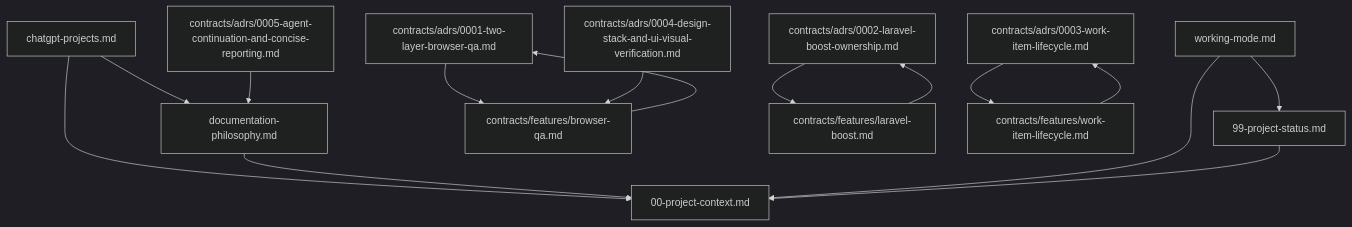
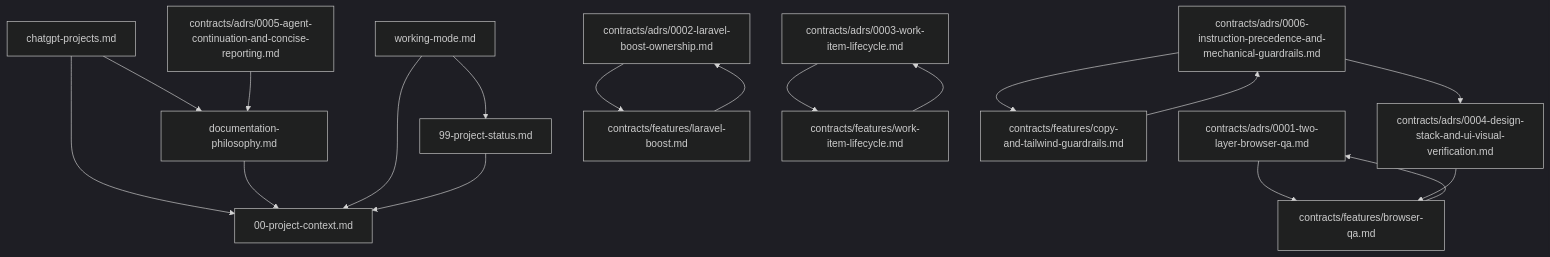
Before and after one commit to ConlinJoe/ai-platform: the diagram in docs/README.md, drawn with Mermaid (dark theme). The commit also changed other lines of this file and 22 other files, not shown here.

Commit message:
Add mechanical copy and Tailwind guardrails so generated em dashes and arbitrary utilities cannot pass as a green completion.

````diff
--- a/docs/README.md
+++ b/docs/README.md
@@ -32,31 +34,36 @@
 ```mermaid
 flowchart TD
   context[00-project-context.md]
   workingMode[working-mode.md]
   status[99-project-status.md]
   philosophy[documentation-philosophy.md]
   chatgpt[chatgpt-projects.md]
   browserAdr[contracts/adrs/0001-two-layer-browser-qa.md]
   boostAdr[contracts/adrs/0002-laravel-boost-ownership.md]
   workAdr[contracts/adrs/0003-work-item-lifecycle.md]
   designAdr[contracts/adrs/0004-design-stack-and-ui-visual-verification.md]
   continuationAdr[contracts/adrs/0005-agent-continuation-and-concise-reporting.md]
+  guardrailAdr[contracts/adrs/0006-instruction-precedence-and-mechanical-guardrails.md]
   browserQa[contracts/features/browser-qa.md]
   boost[contracts/features/laravel-boost.md]
   workItems[contracts/features/work-item-lifecycle.md]
+  guardrails[contracts/features/copy-and-tailwind-guardrails.md]
 
   chatgpt --> philosophy
   chatgpt --> context
   philosophy --> context
   workingMode --> context
   workingMode --> status
   status --> context
   continuationAdr --> philosophy
   browserAdr --> browserQa
   boostAdr --> boost
   workAdr --> workItems
   designAdr --> browserQa
+  guardrailAdr --> guardrails
+  guardrailAdr --> designAdr
   browserQa --> browserAdr
   boost --> boostAdr
   workItems --> workAdr
+  guardrails --> guardrailAdr
 ```
````
